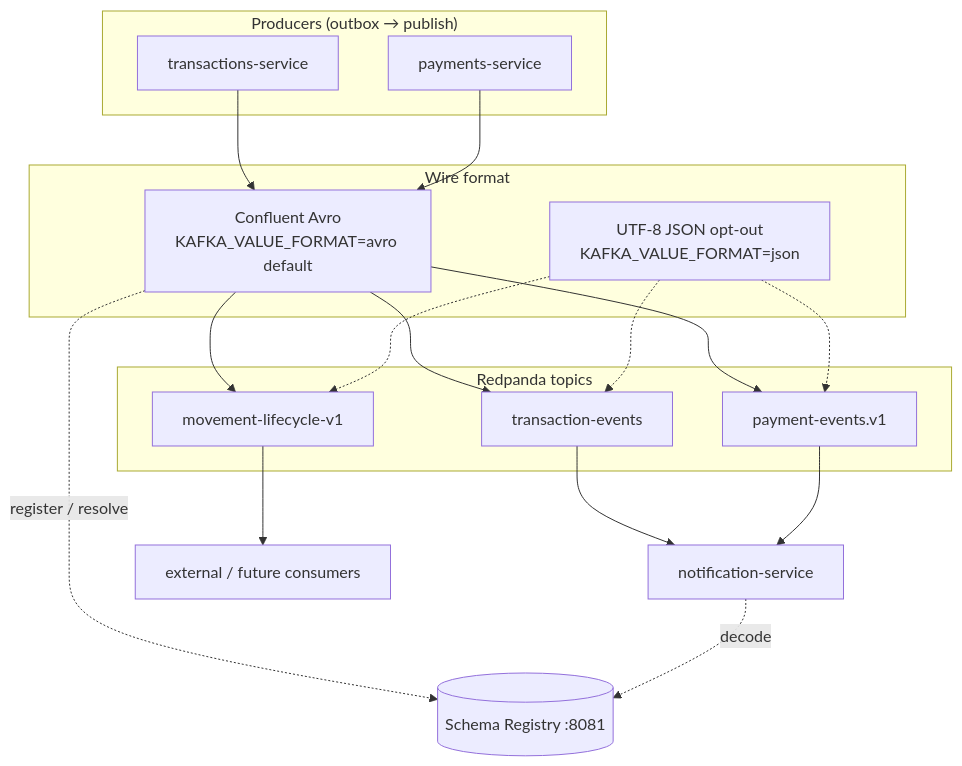
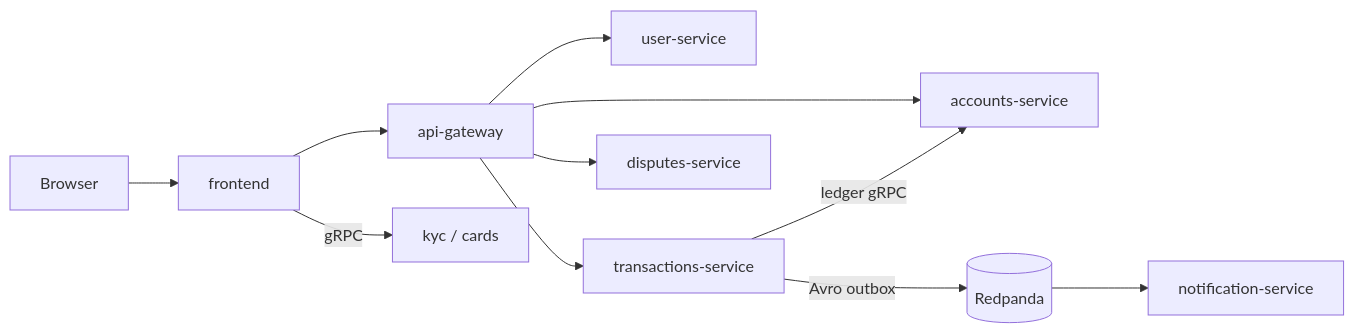
Before and after one commit to dipjyotimetia/distributed-systems: the diagram in README.md, drawn with Mermaid. The commit also changed other lines of this file, not shown here.

````diff
--- a/README.md
+++ b/README.md
@@ -147,33 +61,13 @@
 ```mermaid
-flowchart TB
-  subgraph producers["Producers (outbox → publish)"]
-    tx[transactions-service]
-    pay[payments-service]
-  end
-  subgraph wire["Wire format"]
-    avro["Confluent Avro<br/>KAFKA_VALUE_FORMAT=avro default"]
-    json["UTF-8 JSON opt-out<br/>KAFKA_VALUE_FORMAT=json"]
-  end
-  subgraph topics["Redpanda topics"]
-    te[transaction-events]
-    pe[payment-events.v1]
-    ml[movement-lifecycle-v1]
-  end
-  sr[(Schema Registry :8081)]
-  notif[notification-service]
-  ext[external / future consumers]
-
-  tx --> avro
-  pay --> avro
-  avro -.->|register / resolve| sr
-  avro --> te
-  avro --> pe
-  avro --> ml
-  json -.-> te
-  json -.-> pe
-  json -.-> ml
-  te --> notif
-  pe --> notif
-  ml --> ext
-  notif -.->|decode| sr
+flowchart LR
+  browser[Browser] --> frontend[frontend]
+  frontend --> gateway[api-gateway]
+  frontend -->|gRPC| kyc[kyc / cards]
+  gateway --> users[user-service]
+  gateway --> accounts[accounts-service]
+  gateway --> tx[transactions-service]
+  gateway --> disputes[disputes-service]
+  tx -->|ledger gRPC| accounts
+  tx -->|Avro outbox| kafka[(Redpanda)]
+  kafka --> notif[notification-service]
 ```
````
